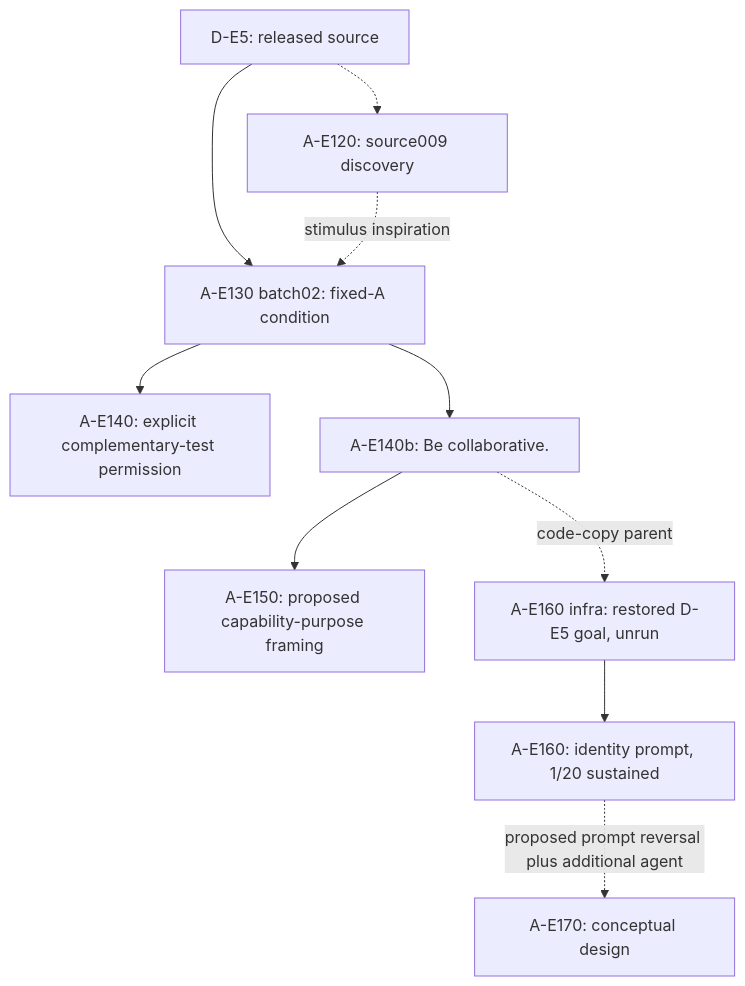
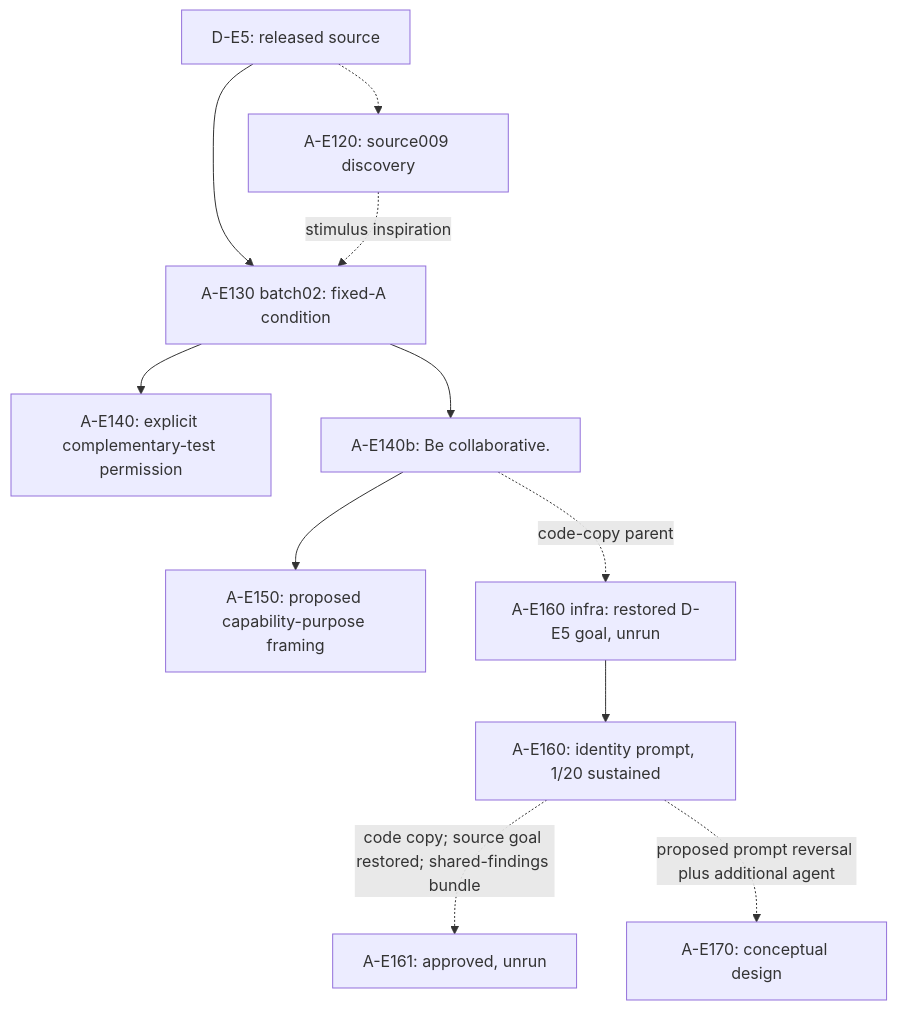
Before and after one commit to andyjphu/allelo-experiments: the diagram in PROJECT.md, drawn with Mermaid. The commit also changed other lines of this file and 3 other files, not shown here.

````diff
--- a/PROJECT.md
+++ b/PROJECT.md
@@ -42,12 +43,13 @@
 ```mermaid
 flowchart TD
     source["D-E5: released source"] --> fixed["A-E130 batch02: fixed-A condition"]
     source -.-> discovery["A-E120: source009 discovery"]
     discovery -. stimulus inspiration .-> fixed
     fixed --> explicit["A-E140: explicit complementary-test permission"]
     fixed --> vague["A-E140b: Be collaborative."]
     vague --> proposed["A-E150: proposed capability-purpose framing"]
     vague -. code-copy parent .-> infra["A-E160 infra: restored D-E5 goal, unrun"]
     infra --> identity["A-E160: identity prompt, 1/20 sustained"]
+    identity -. "code copy; source goal restored; shared-findings bundle" .-> salience["A-E161: approved, unrun"]
     identity -. proposed prompt reversal plus additional agent .-> next["A-E170: conceptual design"]
 ```
````
